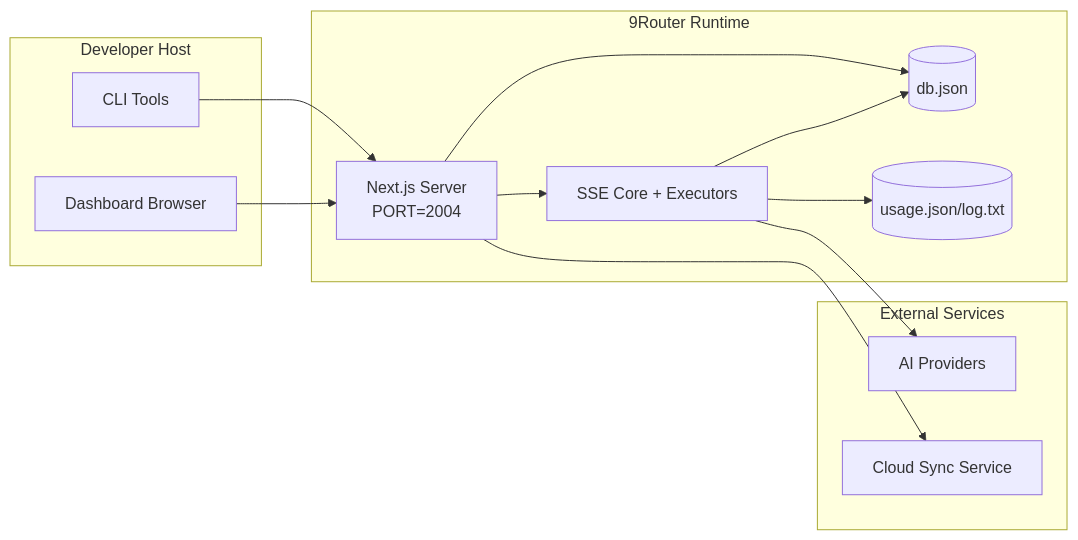
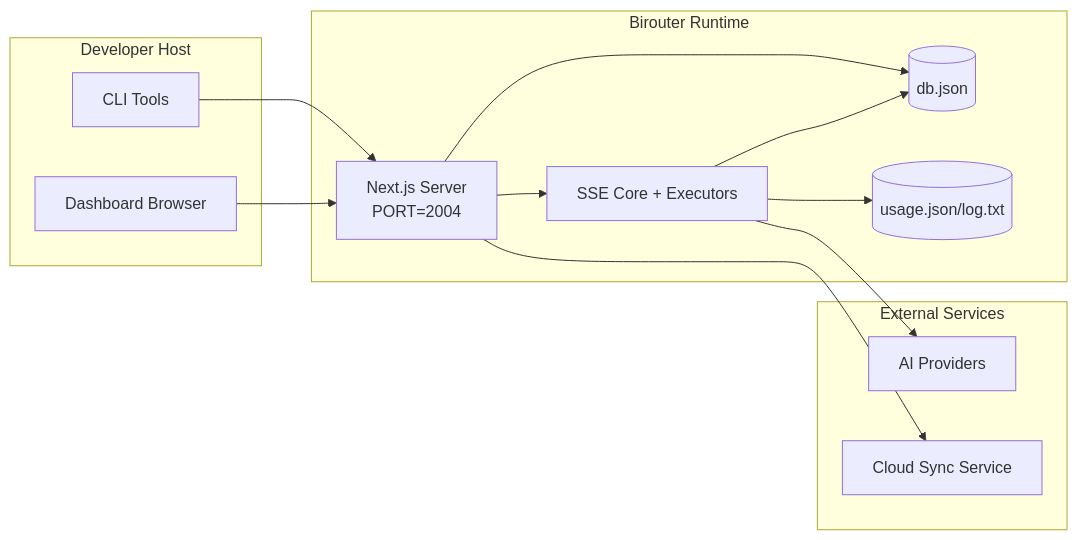
The seventh of 7 diagrams in docs/ARCHITECTURE.md (IQ-Kat/birouter), drawn with Mermaid before and after one commit. The commit also changed other lines of this file and 6 other files, not shown here.

````diff
--- a/docs/ARCHITECTURE.md
+++ b/docs/ARCHITECTURE.md
@@ -387,28 +387,28 @@
 ```mermaid
 flowchart LR
     subgraph LocalHost[Developer Host]
         CLI[CLI Tools]
         Browser[Dashboard Browser]
     end
 
-    subgraph ContainerOrProcess[9Router Runtime]
+    subgraph ContainerOrProcess[Birouter Runtime]
         Next[Next.js Server\nPORT=2004]
         Core[SSE Core + Executors]
         MainDB[(db.json)]
         UsageDB[(usage.json/log.txt)]
     end
 
     subgraph External[External Services]
         Providers[AI Providers]
         SyncCloud[Cloud Sync Service]
     end
 
     CLI --> Next
     Browser --> Next
     Next --> Core
     Next --> MainDB
     Core --> MainDB
     Core --> UsageDB
     Core --> Providers
     Next --> SyncCloud
 ```
````
